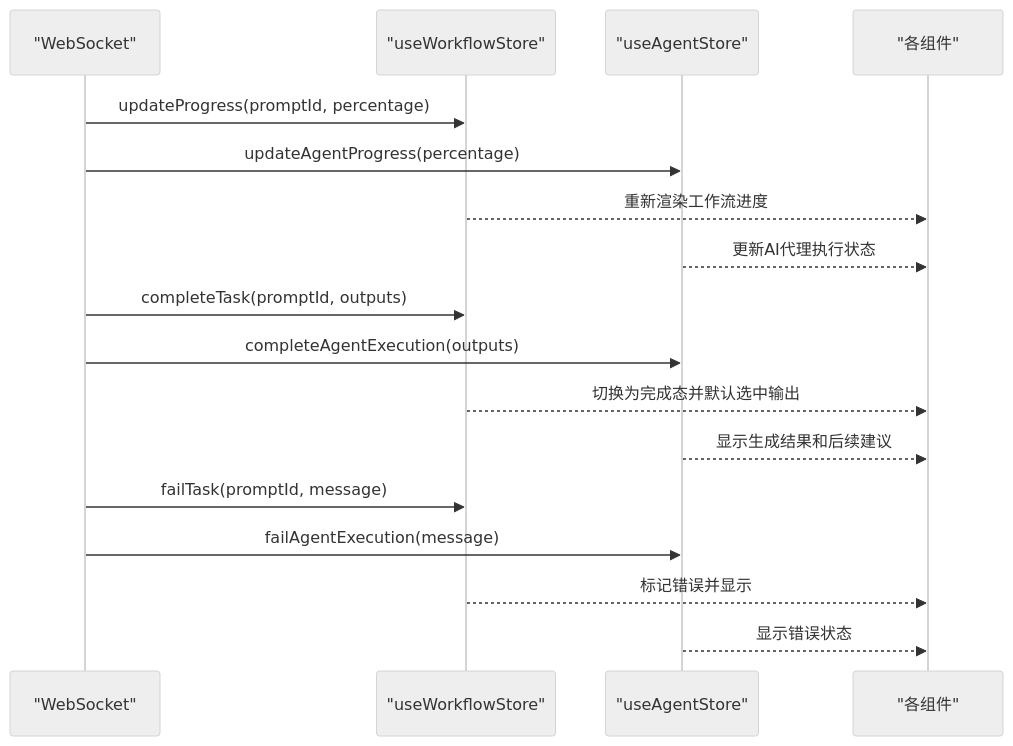
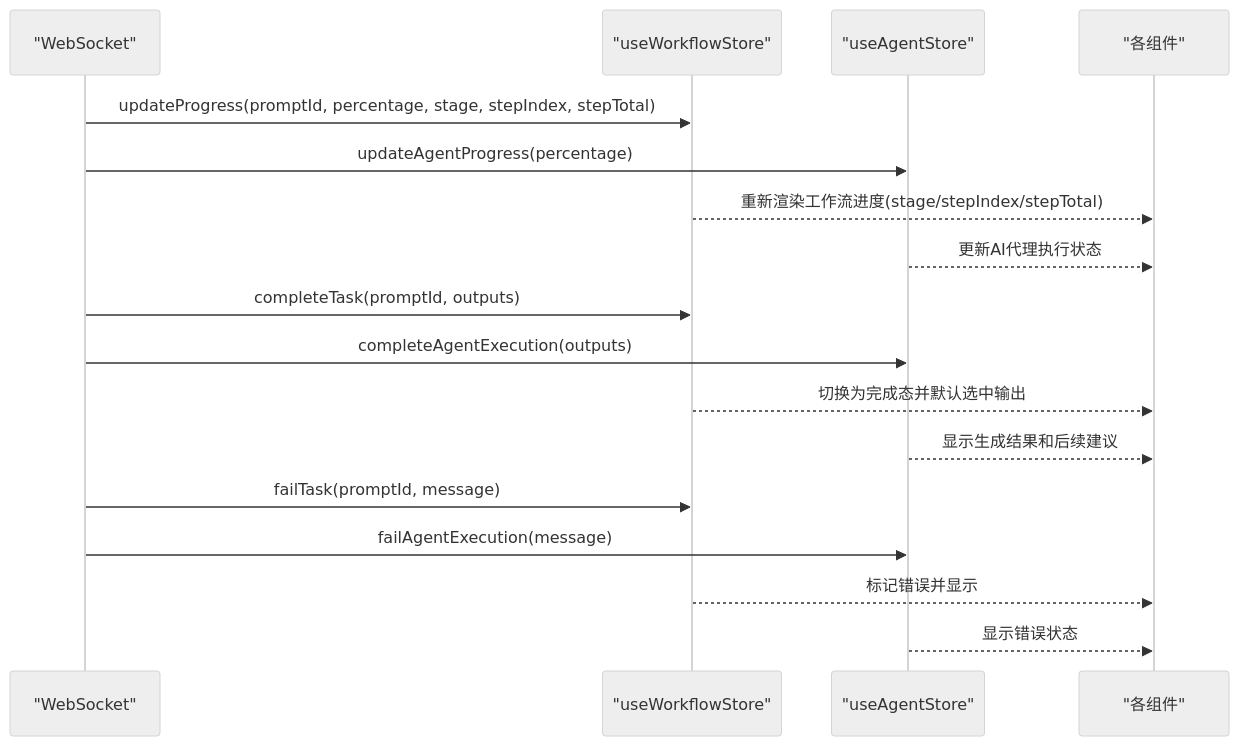
The sixth of 11 diagrams in .qoder/repowiki/zh/content/前端应用/WebSocket 通信.md (billye220670/CorineKit_Pix2Real), drawn with Mermaid (neutral theme) before and after one commit. The commit also changed other lines of this file and 13 other files, not shown here.

````diff
--- a/.qoder/repowiki/zh/content/前端应用/WebSocket 通信.md
+++ b/.qoder/repowiki/zh/content/前端应用/WebSocket 通信.md
@@ -286,19 +305,19 @@
 ```mermaid
 sequenceDiagram
 participant WS as "WebSocket"
 participant WFStore as "useWorkflowStore"
 participant AgentStore as "useAgentStore"
 participant UI as "各组件"
-WS->>WFStore : updateProgress(promptId, percentage)
+WS->>WFStore : updateProgress(promptId, percentage, stage, stepIndex, stepTotal)
 WS->>AgentStore : updateAgentProgress(percentage)
-WFStore-->>UI : 重新渲染工作流进度
+WFStore-->>UI : 重新渲染工作流进度(stage/stepIndex/stepTotal)
 AgentStore-->>UI : 更新AI代理执行状态
 WS->>WFStore : completeTask(promptId, outputs)
 WS->>AgentStore : completeAgentExecution(outputs)
 WFStore-->>UI : 切换为完成态并默认选中输出
 AgentStore-->>UI : 显示生成结果和后续建议
 WS->>WFStore : failTask(promptId, message)
 WS->>AgentStore : failAgentExecution(message)
 WFStore-->>UI : 标记错误并显示
 AgentStore-->>UI : 显示错误状态
 ```
````
